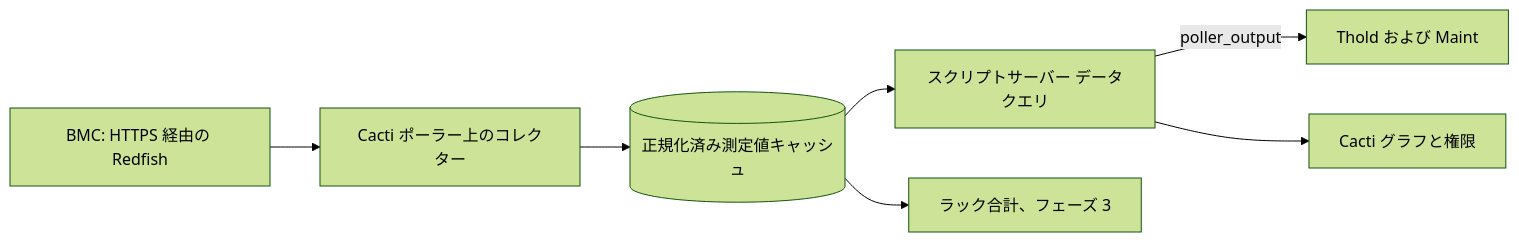
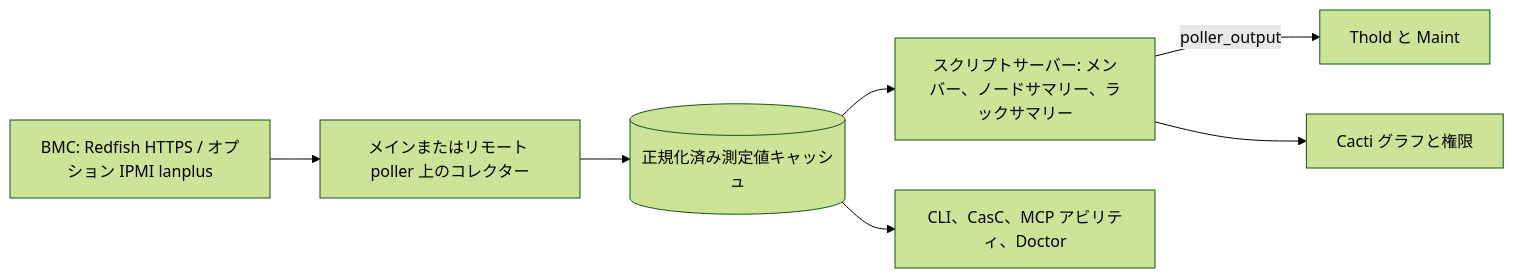
One commit to somethingwithproof/plugin_redfish changed the diagram in docs/i18n/ja-JP/README.md. Above: the diagram before and after it, drawn with Mermaid (forest theme). The commit also changed other lines of this file and 47 other files, not shown here.

````diff
--- a/docs/i18n/ja-JP/README.md
+++ b/docs/i18n/ja-JP/README.md
@@ -90,9 +140,9 @@
 ```mermaid
 flowchart LR
-    BMC[BMC: HTTPS 経由の Redfish] --> C[Cacti ポーラー上のコレクター]
-    C --> CACHE[(正規化済み測定値キャッシュ)]
-    CACHE --> SS[スクリプトサーバー データクエリ]
-    SS -->|poller_output| T[Thold および Maint]
-    SS --> G[Cacti グラフと権限]
-    CACHE --> R[ラック合計、フェーズ 3]
+    BMC["BMC: Redfish HTTPS / オプション IPMI lanplus"] --> C["メインまたはリモート poller 上のコレクター"]
+    C --> CACHE[("正規化済み測定値キャッシュ")]
+    CACHE --> SS["スクリプトサーバー: メンバー、ノードサマリー、ラックサマリー"]
+    SS -->|poller_output| T["Thold と Maint"]
+    SS --> G["Cacti グラフと権限"]
+    CACHE --> ECO["CLI、CasC、MCP アビリティ、Doctor"]
 ```
````
